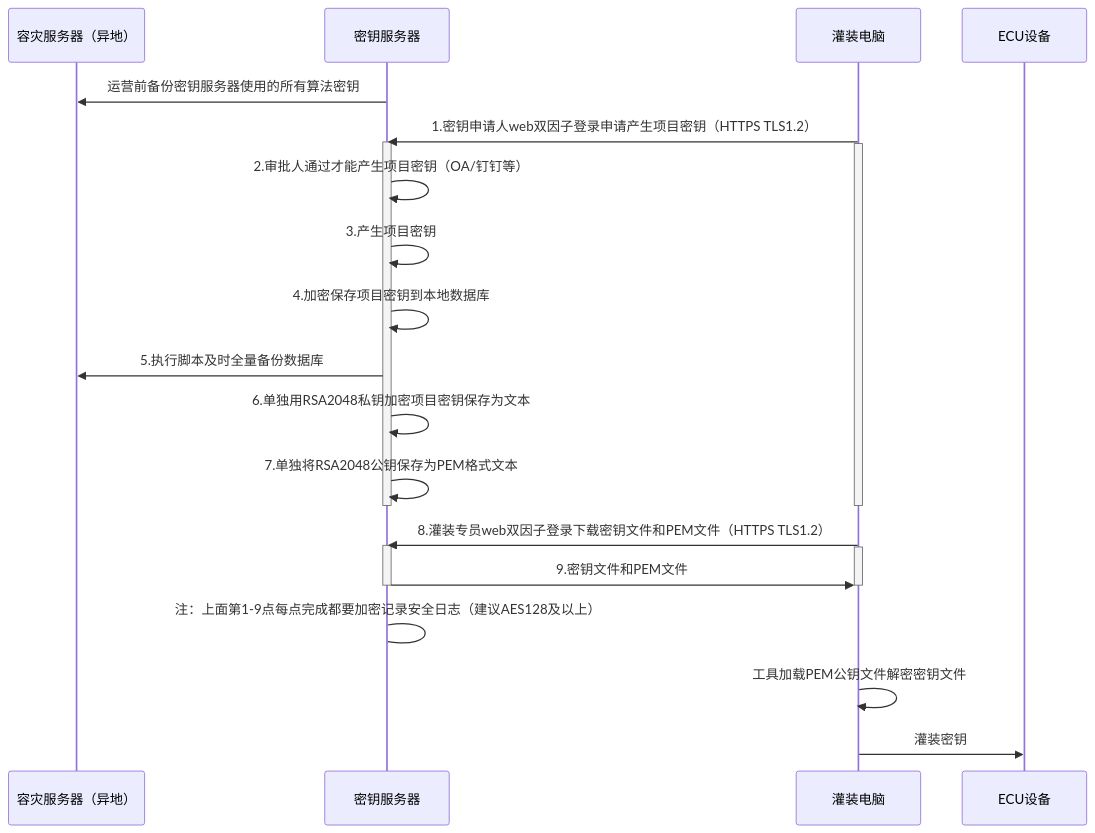
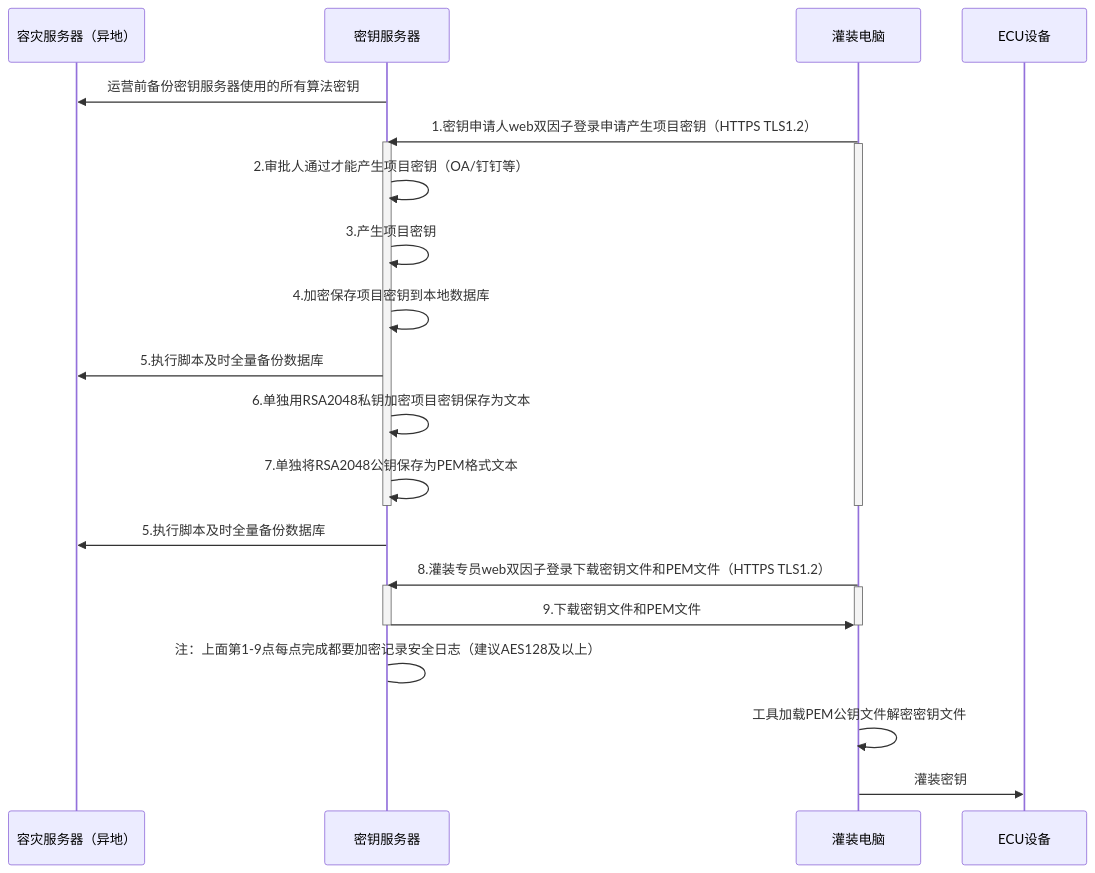
Before and after one commit to facebook-cloud/iodraw-files: the diagram in all/未命名-15.md, drawn with Mermaid.

Commit message:
2026-02-12 16:52:17 update

````diff
--- a/all/未命名-15.md
+++ b/all/未命名-15.md
@@ -1,32 +1,34 @@
 ```mermaid
 sequenceDiagram
     participant A as 容灾服务器（异地）
     participant B as 密钥服务器
     participant D as 灌装电脑
     participant E as ECU设备
 
     B->>A: 运营前备份密钥服务器使用的所有算法密钥
     D->>B: 1.密钥申请人web双因子登录申请产生项目密钥（HTTPS TLS1.2）
     activate B
     activate D
     B->>B: 2.审批人通过才能产生项目密钥（OA/钉钉等）
     B->>B: 3.产生项目密钥
     B->>B: 4.加密保存项目密钥到本地数据库
     B->>A: 5.执行脚本及时全量备份数据库
     B->>B: 6.单独用RSA2048私钥加密项目密钥保存为文本
     B->>B: 7.单独将RSA2048公钥保存为PEM格式文本
     deactivate B
     deactivate D
+
+    B->>A: 5.执行脚本及时全量备份数据库
     
     D->>B: 8.灌装专员web双因子登录下载密钥文件和PEM文件（HTTPS TLS1.2）
     activate B
     activate D
-    B->>D: 9.密钥文件和PEM文件
+    B->>D: 9.下载密钥文件和PEM文件
     deactivate B
     deactivate D
     B->B: 注：上面第1-9点每点完成都要加密记录安全日志（建议AES128及以上）
 
     D->>D:工具加载PEM公钥文件解密密钥文件
     
     D->>E: 灌装密钥
 ```
````
